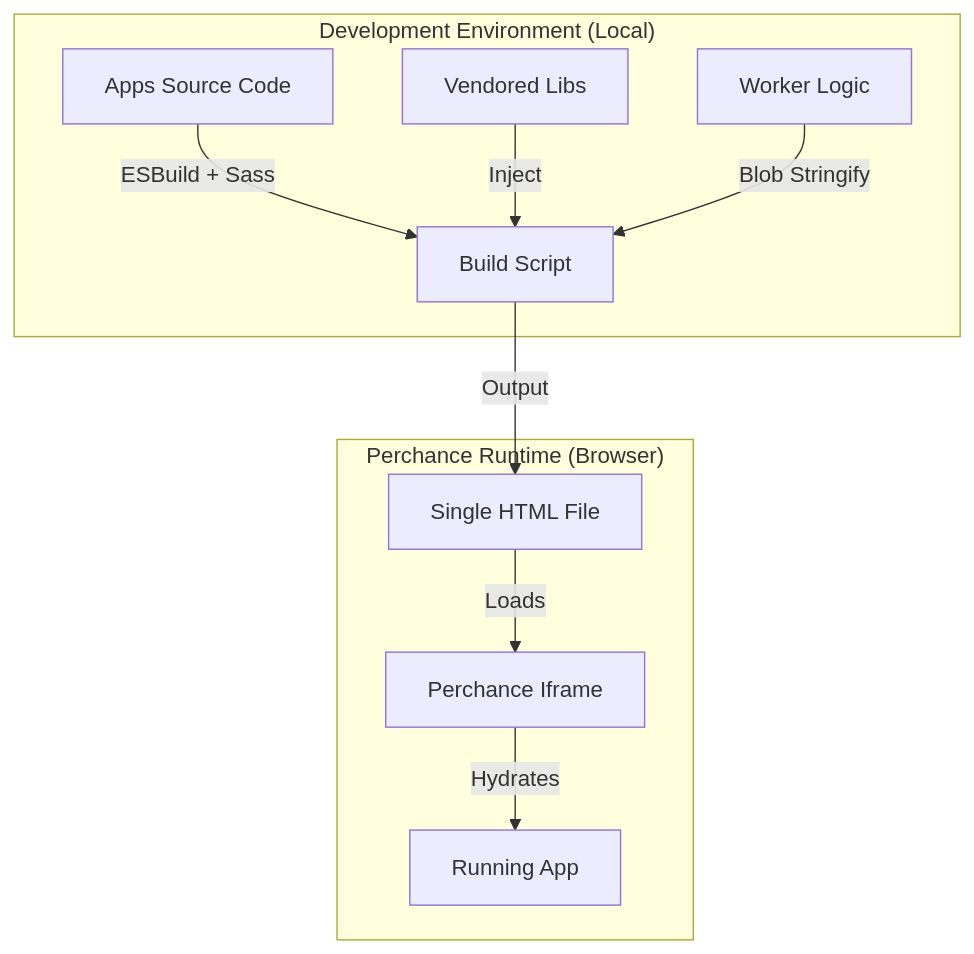
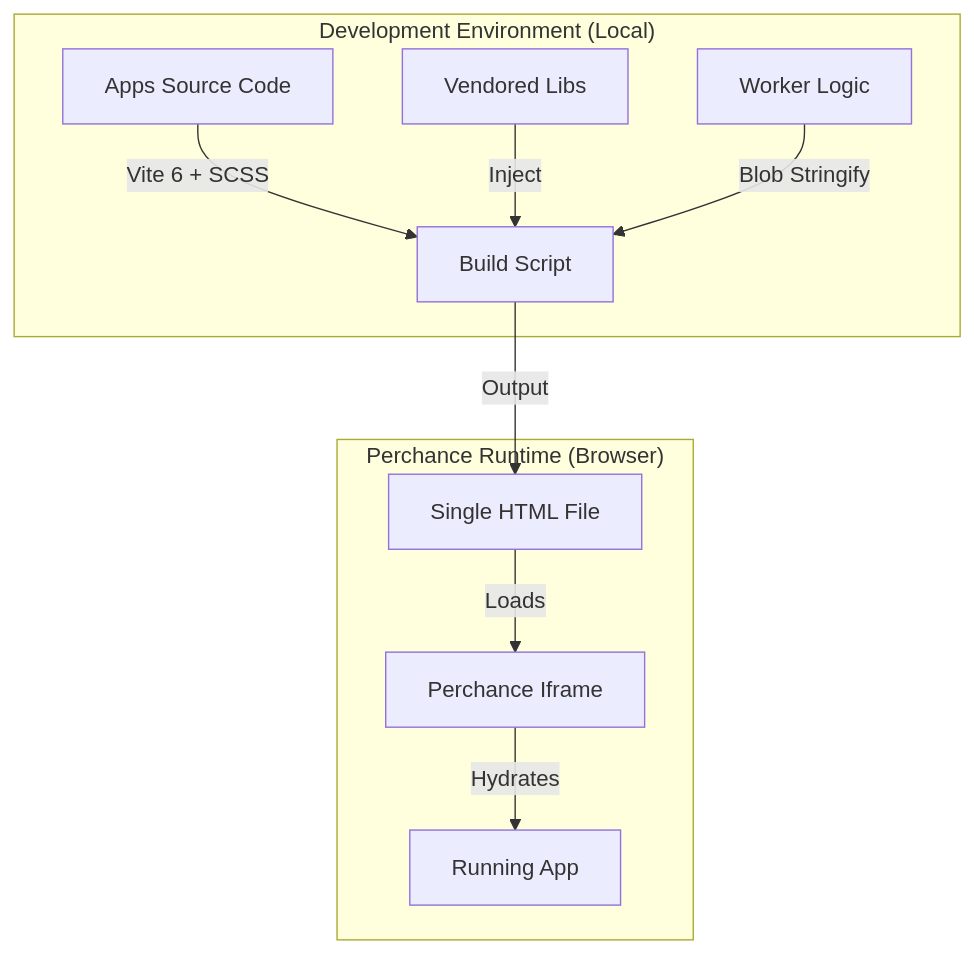
One commit to JooduG/RPGlitch changed the first of 2 diagrams in src/README.md. Above: the diagram before and after it, drawn with Mermaid. The commit also changed other lines of this file and 19 other files, not shown here.

````diff
--- a/src/README.md
+++ b/src/README.md
@@ -15,15 +15,15 @@
 ```mermaid
 graph TD
     subgraph "Development Environment (Local)"
-        SRC[Apps Source Code] -->|ESBuild + Sass| BUILD[Build Script]
+        SRC[Apps Source Code] -->|Vite 6 + SCSS| BUILD[Build Script]
         VEND[Vendored Libs] -->|Inject| BUILD
         WORKER[Worker Logic] -->|Blob Stringify| BUILD
     end
 
     BUILD -->|Output| HTML[Single HTML File]
 
     subgraph "Perchance Runtime (Browser)"
         HTML -->|Loads| IFRAME[Perchance Iframe]
         IFRAME -->|Hydrates| APP[Running App]
     end
 ```
````
